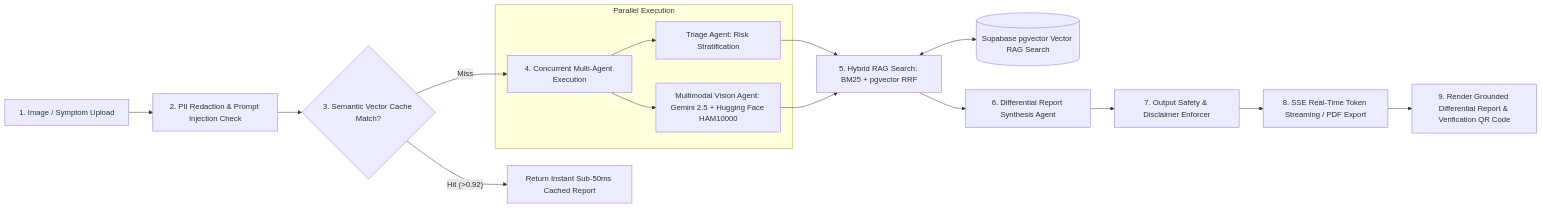
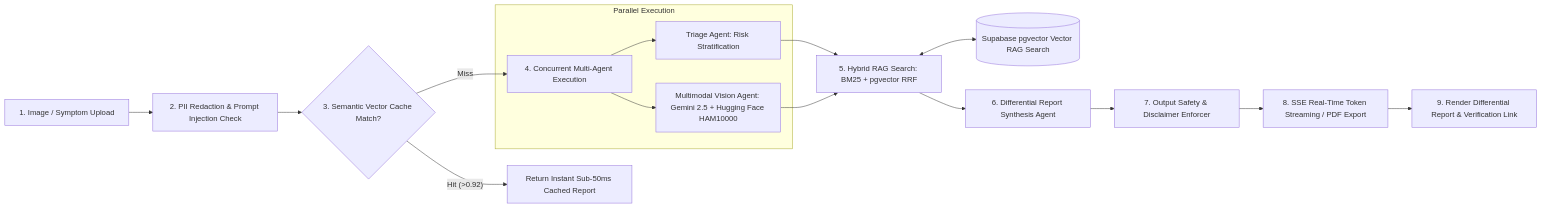
Before and after one commit to salman-momin08/dermiassist: the second of 11 diagrams in README.md, drawn with Mermaid. The commit also changed other lines of this file and 63 other files, not shown here.

````diff
--- a/README.md
+++ b/README.md
@@ -148,23 +163,23 @@
 ```mermaid
 graph LR
     Upload[1. Image / Symptom Upload] --> InputGuard[2. PII Redaction & Prompt Injection Check]
     InputGuard --> CacheCheck{3. Semantic Vector Cache Match?}
     
     CacheCheck -- Hit (>0.92) --> Sub50ms[Return Instant Sub-50ms Cached Report]
     CacheCheck -- Miss --> ParallelExecution[4. Concurrent Multi-Agent Execution]
     
     subgraph Parallel Execution
         ParallelExecution --> Triage[Triage Agent: Risk Stratification]
         ParallelExecution --> Vision[Multimodal Vision Agent: Gemini 2.5 + Hugging Face HAM10000]
     end
     
     Triage --> HybridRAG[5. Hybrid RAG Search: BM25 + pgvector RRF]
     Vision --> HybridRAG
     
     HybridRAG <--> SupabaseDB[(Supabase pgvector Vector RAG Search)]
     
     HybridRAG --> Synthesis[6. Differential Report Synthesis Agent]
     Synthesis --> OutputGuard[7. Output Safety & Disclaimer Enforcer]
     OutputGuard --> StreamResponse[8. SSE Real-Time Token Streaming / PDF Export]
-    StreamResponse --> UI[9. Render Grounded Differential Report & Verification QR Code]
+    StreamResponse --> UI[9. Render Differential Report & Verification Link]
 ```
````
